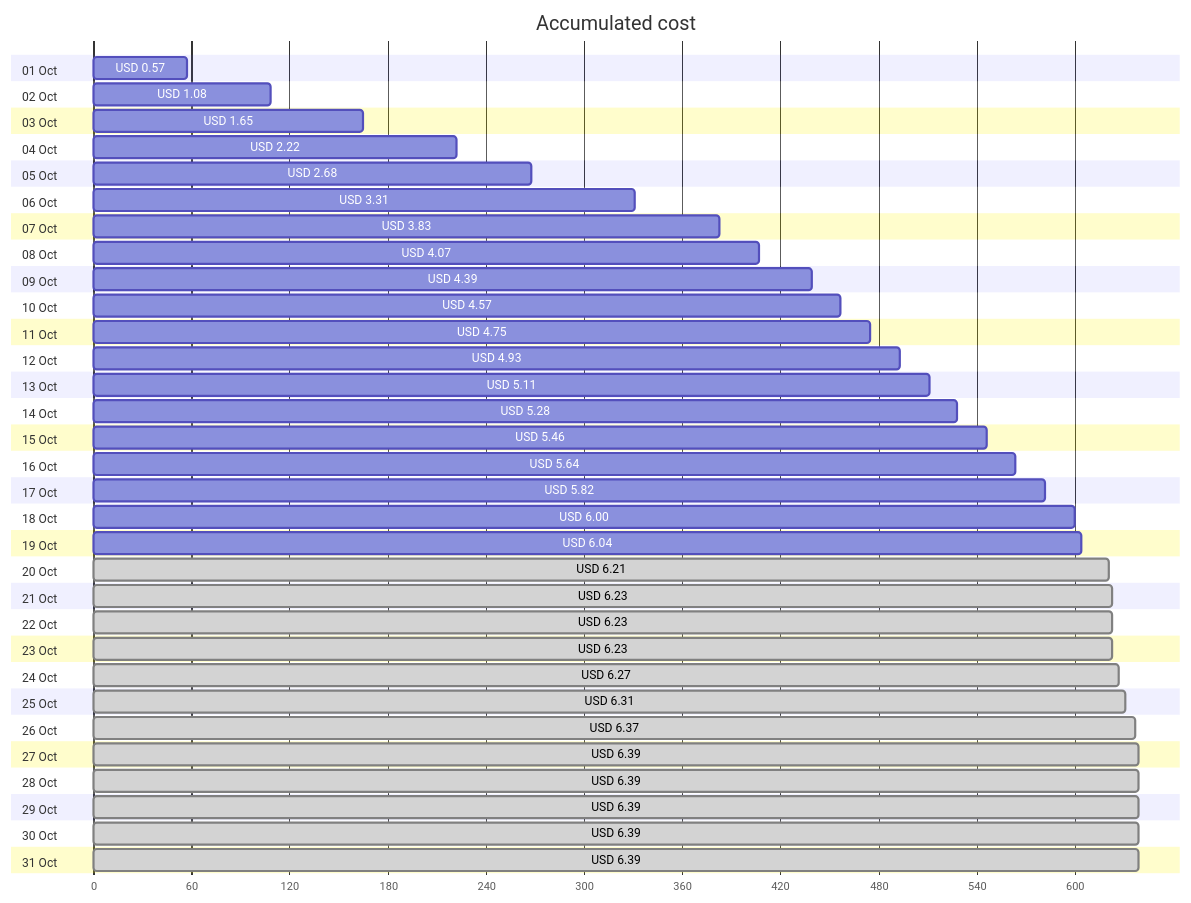
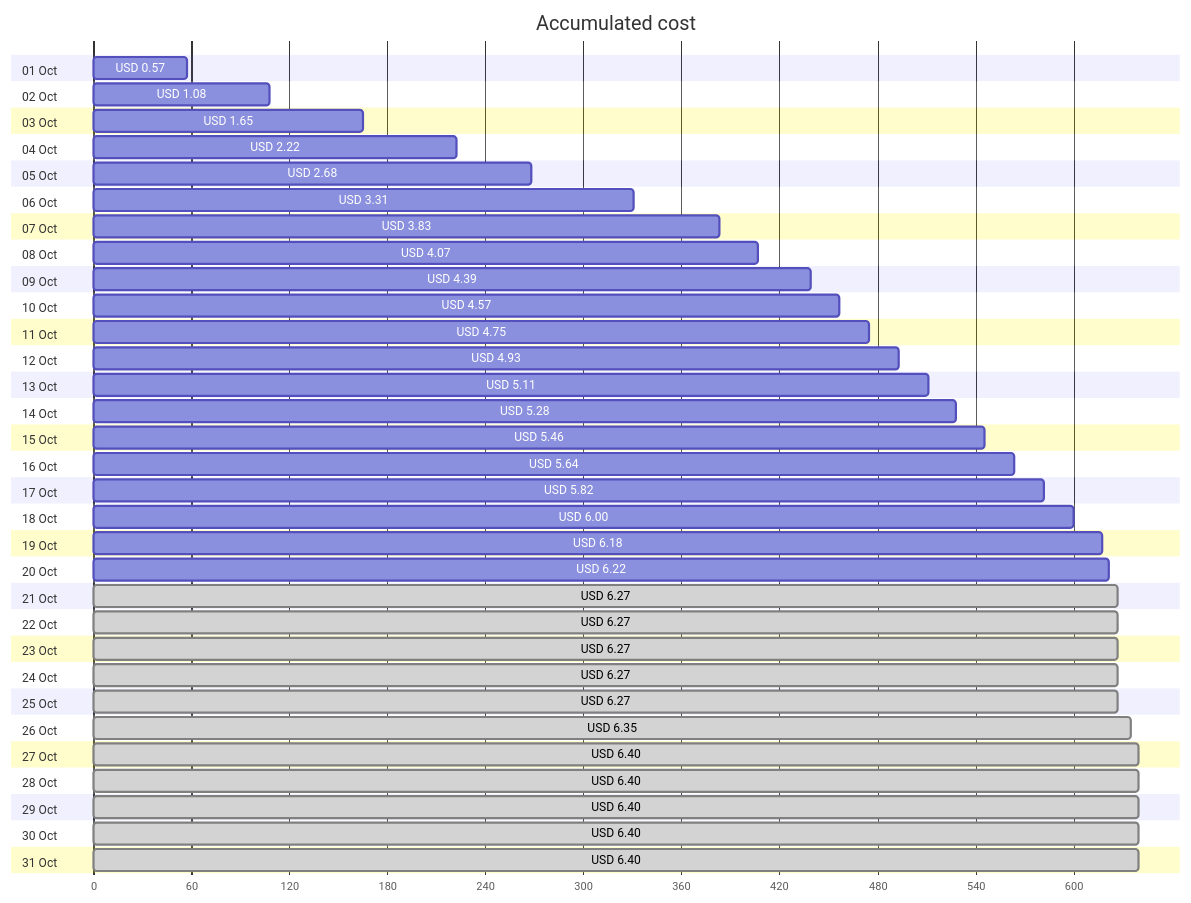
The first of 4 diagrams in cost-reports/personal-network/vpn-server.md (jpfulton/azure-personal-reports), drawn with Mermaid before and after one commit. The commit also changed other lines of this file and 8 other files, not shown here.

````diff
--- a/cost-reports/personal-network/vpn-server.md
+++ b/cost-reports/personal-network/vpn-server.md
@@ -20,68 +20,68 @@
 ```mermaid
 gantt
    title Accumulated cost
    dateFormat  X
    axisFormat %s
    section 01 Oct
    USD 0.57 :0, 57
    section 02 Oct
    USD 1.08 :0, 108
    section 03 Oct
    USD 1.65 :0, 165
    section 04 Oct
    USD 2.22 :0, 222
    section 05 Oct
    USD 2.68 :0, 268
    section 06 Oct
    USD 3.31 :0, 331
    section 07 Oct
    USD 3.83 :0, 383
    section 08 Oct
    USD 4.07 :0, 407
    section 09 Oct
    USD 4.39 :0, 439
    section 10 Oct
    USD 4.57 :0, 457
    section 11 Oct
    USD 4.75 :0, 475
    section 12 Oct
    USD 4.93 :0, 493
    section 13 Oct
    USD 5.11 :0, 511
    section 14 Oct
    USD 5.28 :0, 528
    section 15 Oct
    USD 5.46 :0, 546
    section 16 Oct
    USD 5.64 :0, 564
    section 17 Oct
    USD 5.82 :0, 582
    section 18 Oct
    USD 6.00 :0, 600
    section 19 Oct
-   USD 6.04 :0, 604
+   USD 6.18 :0, 618
    section 20 Oct
-   USD 6.21 : done, 0, 621
+   USD 6.22 :0, 622
    section 21 Oct
-   USD 6.23 : done, 0, 623
+   USD 6.27 : done, 0, 627
    section 22 Oct
-   USD 6.23 : done, 0, 623
+   USD 6.27 : done, 0, 627
    section 23 Oct
-   USD 6.23 : done, 0, 623
+   USD 6.27 : done, 0, 627
    section 24 Oct
    USD 6.27 : done, 0, 627
    section 25 Oct
-   USD 6.31 : done, 0, 631
+   USD 6.27 : done, 0, 627
    section 26 Oct
-   USD 6.37 : done, 0, 637
+   USD 6.35 : done, 0, 635
    section 27 Oct
-   USD 6.39 : done, 0, 639
+   USD 6.40 : done, 0, 640
    section 28 Oct
-   USD 6.39 : done, 0, 639
+   USD 6.40 : done, 0, 640
    section 29 Oct
-   USD 6.39 : done, 0, 639
+   USD 6.40 : done, 0, 640
    section 30 Oct
-   USD 6.39 : done, 0, 639
+   USD 6.40 : done, 0, 640
    section 31 Oct
-   USD 6.39 : done, 0, 639
+   USD 6.40 : done, 0, 640
 ```
````
